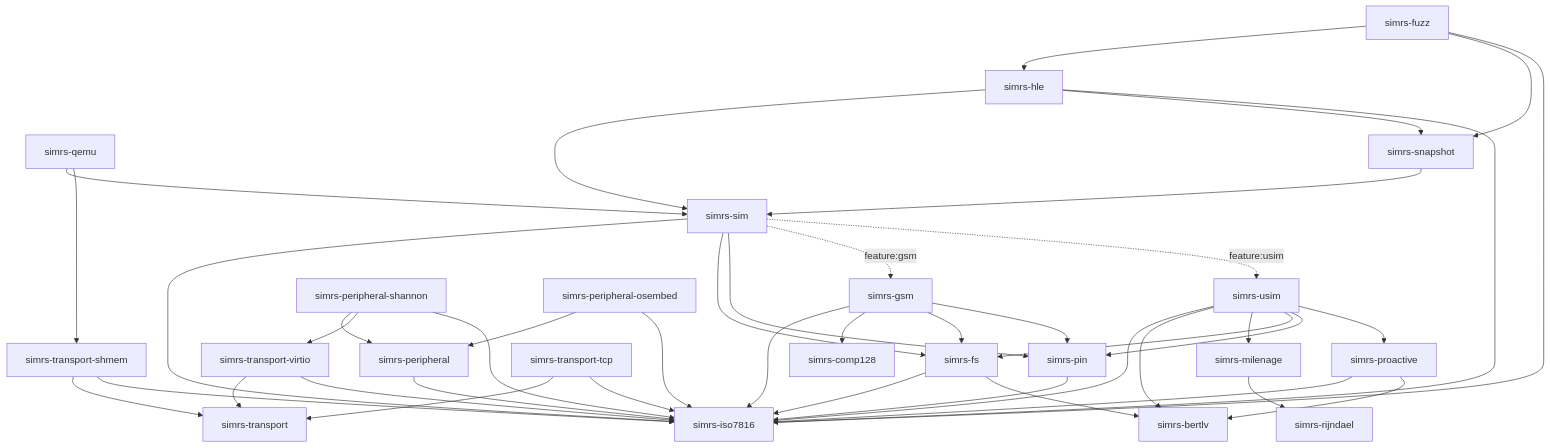
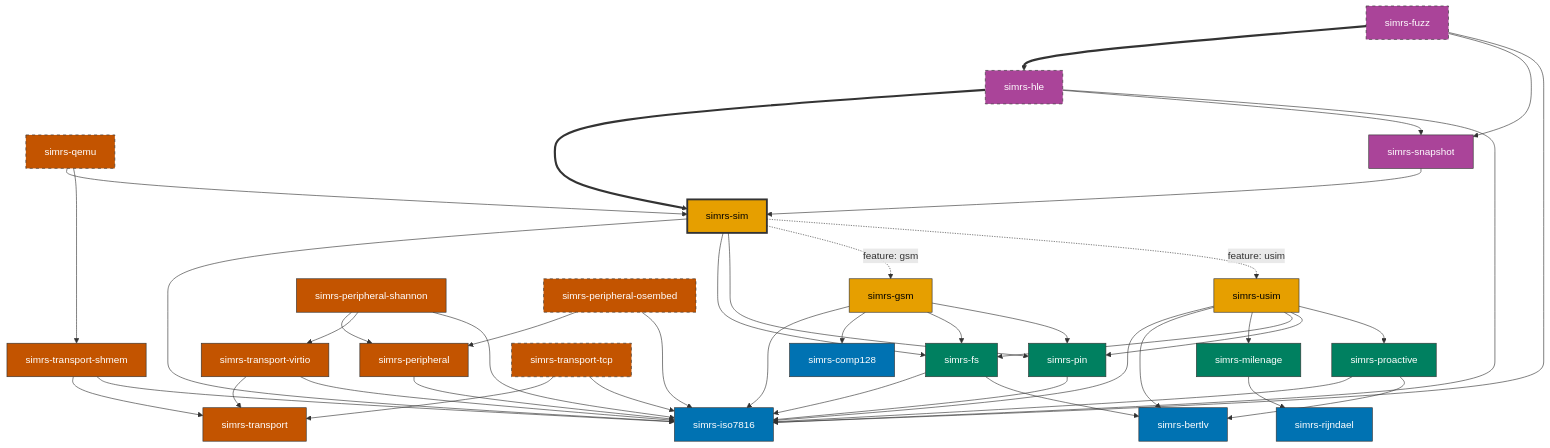
One commit to jaesharp/simrs changed the first of 4 diagrams in docs/architecture.md. Above: the diagram before and after it, drawn with Mermaid. The commit also changed other lines of this file and 3 other files, not shown here.

First line of the commit message:
docs: add Okabe-Ito diagram style guide, restyle all Mermaid diagrams

````diff
--- a/docs/architecture.md
+++ b/docs/architecture.md
@@ -56,37 +60,33 @@
 ```mermaid
 graph TD
-    %% Foundation
+    %% Foundation (Blue)
     ISO[simrs-iso7816]
     BER[simrs-bertlv]
     RIJ[simrs-rijndael]
     C128[simrs-comp128]
 
-    %% Layer 2
+    %% Composition (Teal)
     MIL[simrs-milenage]
     FS[simrs-fs]
     PIN[simrs-pin]
+    PRO[simrs-proactive]
 
-    %% Layer 3
-    PRO[simrs-proactive]
+    %% Application (Amber)
     GSM[simrs-gsm]
     USIM[simrs-usim]
-
-    %% Layer 4
     SIM[simrs-sim]
 
-    %% Transport
+    %% Boundary (Vermillion)
     TR[simrs-transport]
     TR_TCP[simrs-transport-tcp]
     TR_SHM[simrs-transport-shmem]
     TR_VIO[simrs-transport-virtio]
-
-    %% Peripheral
     PERI[simrs-peripheral]
     SHAN[simrs-peripheral-shannon]
     OSEM[simrs-peripheral-osembed]
     QEMU[simrs-qemu]
 
-    %% Fuzzing
+    %% Meta (Mauve)
     SNAP[simrs-snapshot]
     HLE[simrs-hle]
     FUZZ[simrs-fuzz]
@@ -110,8 +110,8 @@
     SIM --> ISO
     SIM --> FS
     SIM --> PIN
-    SIM -.->|feature:gsm| GSM
-    SIM -.->|feature:usim| USIM
+    SIM -.->|"feature: gsm"| GSM
+    SIM -.->|"feature: usim"| USIM
     TR_TCP  --> TR
     TR_TCP  --> ISO
     TR_SHM  --> TR
@@ -127,10 +127,29 @@
     OSEM    --> PERI
     OSEM    --> ISO
     SNAP    --> SIM
-    HLE     --> SIM
+    HLE     ==> SIM
     HLE     --> SNAP
     HLE     --> ISO
-    FUZZ    --> HLE
+    FUZZ    ==> HLE
     FUZZ    --> SNAP
     FUZZ    --> ISO
+
+    %% Per DIAGRAM_STYLE_GUIDE.md
+    classDef foundation fill:#0072B2,stroke:#333,color:#fff
+    classDef composition fill:#008060,stroke:#333,color:#fff
+    classDef application fill:#E69F00,stroke:#333,color:#000
+    classDef entry fill:#E69F00,stroke:#333,color:#000,stroke-width:3px
+    classDef boundary fill:#C35400,stroke:#333,color:#fff
+    classDef boundary_std fill:#C35400,stroke:#333,color:#fff,stroke-dasharray:5 5
+    classDef meta fill:#AA4499,stroke:#333,color:#fff
+    classDef meta_std fill:#AA4499,stroke:#333,color:#fff,stroke-dasharray:5 5
+
+    class ISO,BER,RIJ,C128 foundation
+    class MIL,FS,PIN,PRO composition
+    class GSM,USIM application
+    class SIM entry
+    class TR,TR_SHM,TR_VIO,PERI,SHAN boundary
+    class TR_TCP,OSEM,QEMU boundary_std
+    class SNAP meta
+    class HLE,FUZZ meta_std
 ```
````
